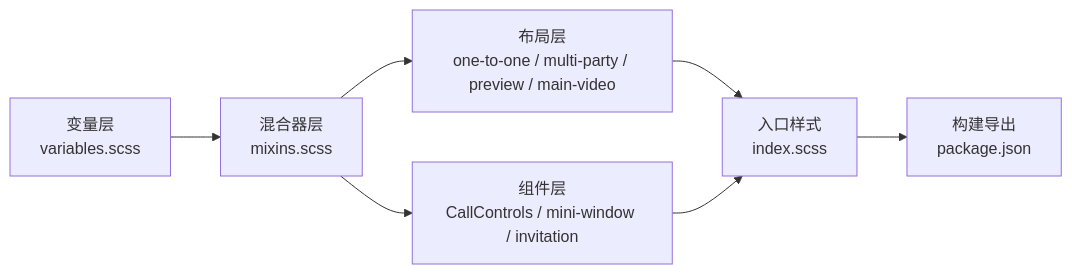
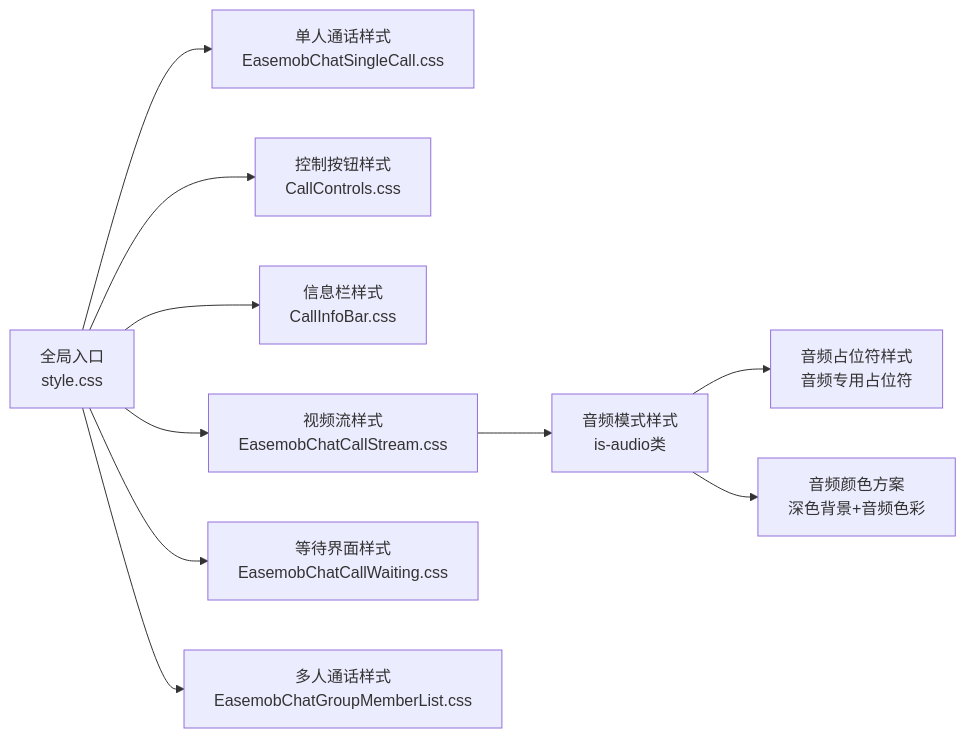
Before and after one commit to Easemob-Community/easemob-uikit-callkit-vue3: the second of 3 diagrams in .qoder/repowiki/zh/content/样式与定制/样式与定制.md, drawn with Mermaid. The commit also changed other lines of this file and 58 other files, not shown here.

````diff
--- a/.qoder/repowiki/zh/content/样式与定制/样式与定制.md
+++ b/.qoder/repowiki/zh/content/样式与定制/样式与定制.md
@@ -104,9 +95,12 @@
 ```mermaid
 graph LR
-V["变量层<br/>variables.scss"] --> M["混合器层<br/>mixins.scss"]
-M --> L["布局层<br/>one-to-one / multi-party / preview / main-video"]
-M --> C["组件层<br/>CallControls / mini-window / invitation"]
-L --> E["入口样式<br/>index.scss"]
-C --> E
-E --> P["构建导出<br/>package.json"]
+G["全局入口<br/>style.css"] --> S["单人通话样式<br/>EasemobChatSingleCall.css"]
+G --> C["控制按钮样式<br/>CallControls.css"]
+G --> I["信息栏样式<br/>CallInfoBar.css"]
+G --> V["视频流样式<br/>EasemobChatCallStream.css"]
+G --> W["等待界面样式<br/>EasemobChatCallWaiting.css"]
+G --> M["多人通话样式<br/>EasemobChatGroupMemberList.css"]
+V --> A["音频模式样式<br/>is-audio类"]
+A --> P["音频占位符样式<br/>音频专用占位符"]
+A --> T["音频颜色方案<br/>深色背景+音频色彩"]
 ```
````
